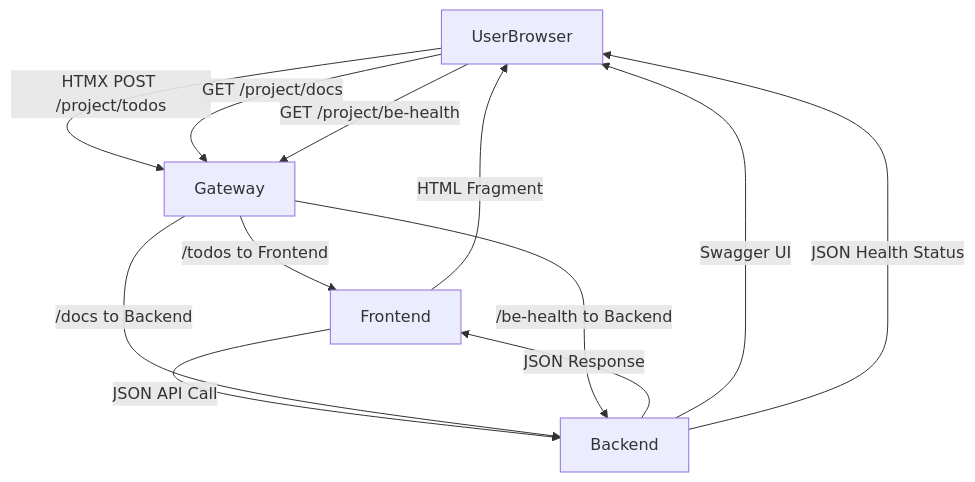
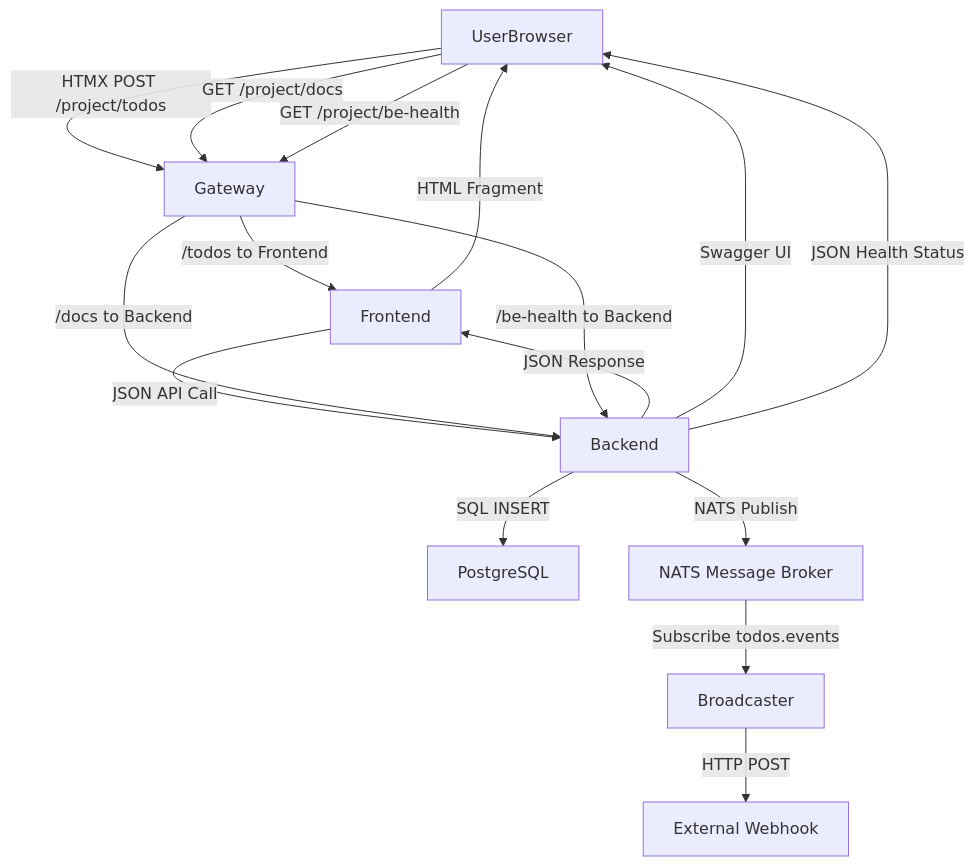
Before and after one commit to rjpalt/KubernetesMOOC: the first of 2 diagrams in course_project/README.md, drawn with Mermaid. The commit also changed other lines of this file and 3 other files, not shown here.

````diff
--- a/course_project/README.md
+++ b/course_project/README.md
@@ -66,16 +68,20 @@
 ```mermaid
 graph TD
     UserBrowser -->|HTMX POST /project/todos| Gateway
     Gateway -->|/todos to Frontend| Frontend
     Frontend -->|JSON API Call| Backend
+    Backend -->|SQL INSERT| PostgreSQL
+    Backend -->|NATS Publish| NATS[NATS Message Broker]
+    NATS -->|Subscribe todos.events| Broadcaster
+    Broadcaster -->|HTTP POST| ExternalWebhook[External Webhook]
     Backend -->|JSON Response| Frontend
     Frontend -->|HTML Fragment| UserBrowser
 
     UserBrowser -->|GET /project/docs| Gateway
     Gateway -->|/docs to Backend| Backend
     Backend -->|Swagger UI| UserBrowser
     
     UserBrowser -->|GET /project/be-health| Gateway
     Gateway -->|/be-health to Backend| Backend
     Backend -->|JSON Health Status| UserBrowser
 ```
````
